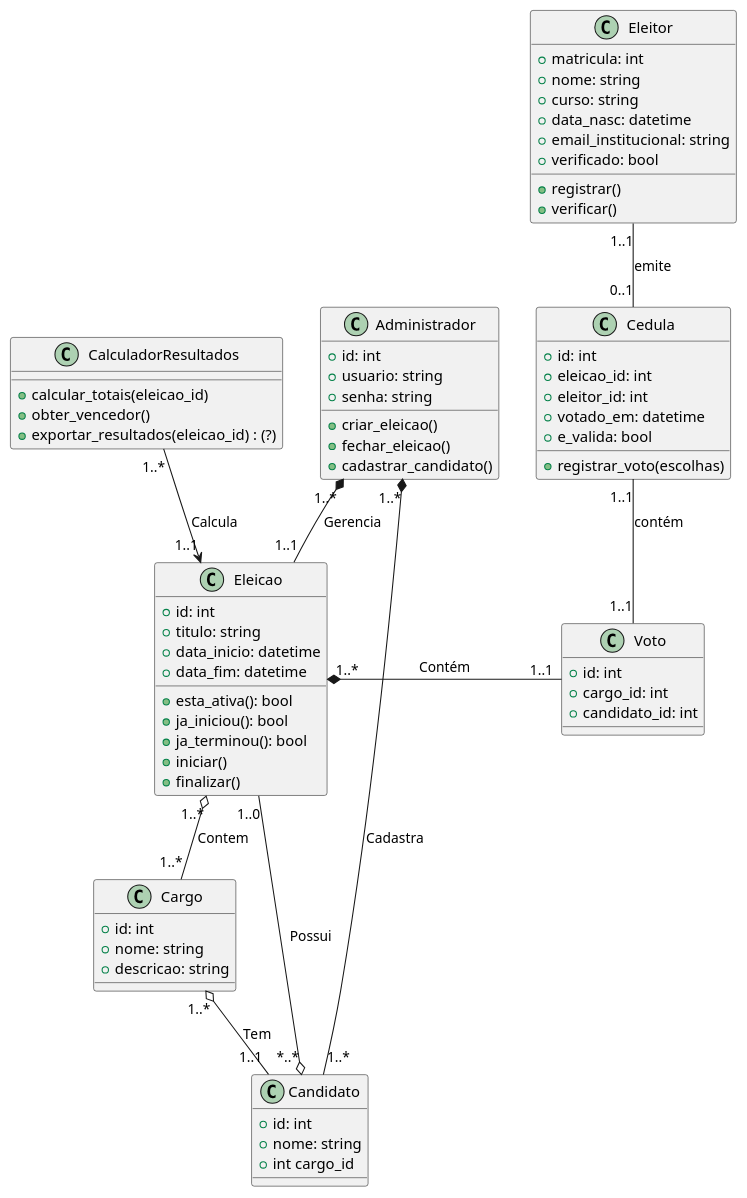
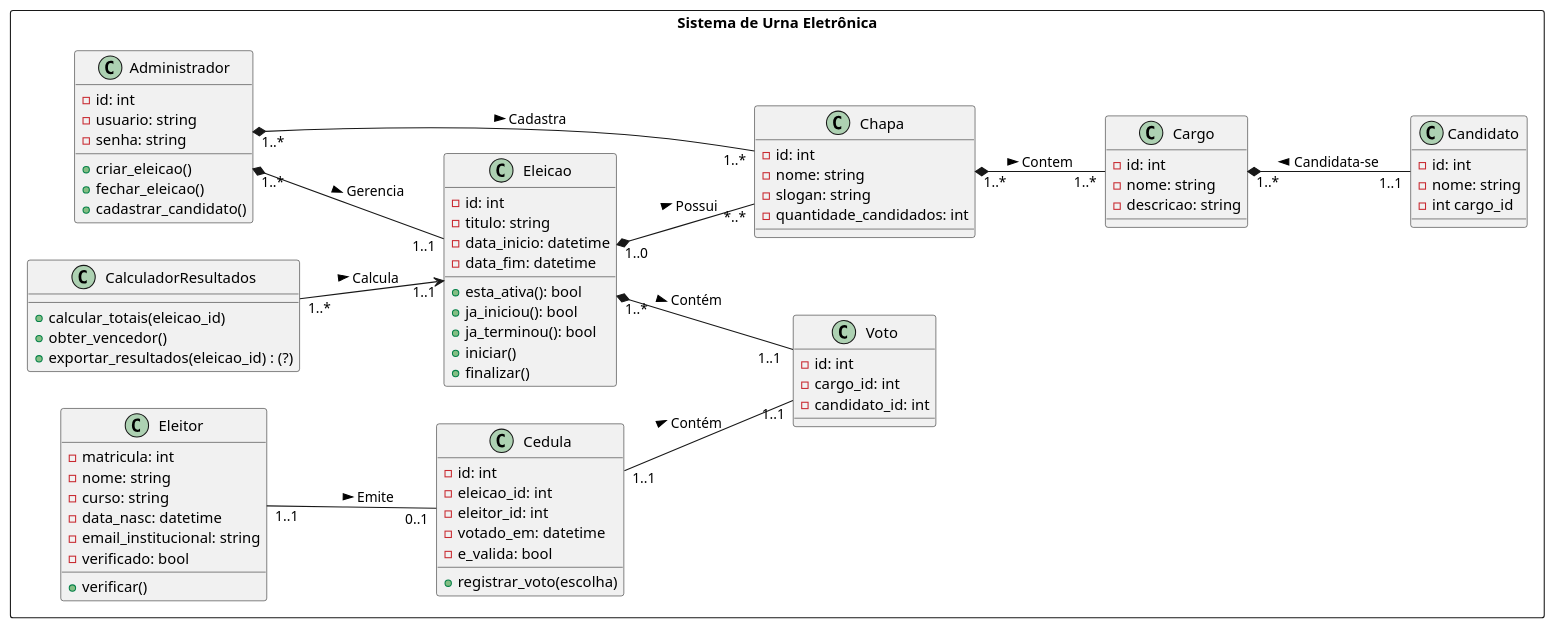
One commit to Bields190/Urna changed the diagram in UML/UML_ideia.puml. Above: the diagram before and after it, drawn with PlantUML. The commit also changed 1 other file, not shown here.

```diff
--- a/UML/UML_ideia.puml
+++ b/UML/UML_ideia.puml
@@ -1,80 +1,93 @@
---@startuml SISTEMA DE URNA ELETRONICA
+@startuml
+left to right direction
 
-class Eleicao {
-        +id: int
-        +titulo: string
-        +data_inicio: datetime
-        +data_fim: datetime
+rectangle "Sistema de Urna Eletrônica" {
+
+    class Eleicao {
+        -id: int
+        -titulo: string
+        -data_inicio: datetime
+        -data_fim: datetime
 
         +esta_ativa(): bool
         +ja_iniciou(): bool
         +ja_terminou(): bool
         +iniciar()
         +finalizar()
     }
 
     class Cargo {
-        +id: int
-        +nome: string
-        +descricao: string
+        -id: int
+        -nome: string
+        -descricao: string
     }
 
     class Candidato {
-        +id: int
-        +nome: string
-        +int cargo_id
+        -id: int
+        -nome: string
+        -int cargo_id
+    }
+
+    class Chapa{
+        -id: int
+        -nome: string
+        -slogan: string
+        -quantidade_candidados: int
     }
 
     class Eleitor {
-        +matricula: int
-        +nome: string
-        +curso: string
-        +data_nasc: datetime
-        +email_institucional: string
-        +verificado: bool
-        +registrar()
+        -matricula: int
+        -nome: string
+        -curso: string
+        -data_nasc: datetime
+        -email_institucional: string
+        -verificado: bool
+
         +verificar()
     }
 
     class Voto {
-        +id: int
-        +cargo_id: int
-        +candidato_id: int
+        -id: int
+        -cargo_id: int
+        -candidato_id: int
     }
 
     class Cedula {
-        +id: int
-        +eleicao_id: int
-        +eleitor_id: int
-        +votado_em: datetime
-        +e_valida: bool
-        +registrar_voto(escolhas)
+        -id: int
+        -eleicao_id: int
+        -eleitor_id: int
+        -votado_em: datetime
+        -e_valida: bool
+
+        +registrar_voto(escolha)
     }
 
 
     class Administrador {
-        +id: int
-        +usuario: string
-        +senha: string
+        -id: int
+        -usuario: string
+        -senha: string
+
         +criar_eleicao()
         +fechar_eleicao()
         +cadastrar_candidato()
     }
 
     class CalculadorResultados {
         +calcular_totais(eleicao_id)
         +obter_vencedor()
         +exportar_resultados(eleicao_id) : (?)
     }
 
-    Eleicao "1..*" o-- "1..*" Cargo : Contem
-    Cargo "1..*" o-- "1..1" Candidato : Tem
-    Eleicao "1..0" -o "*..*" Candidato : Possui
-    Eleitor "1..1" -- "0..1" Cedula : emite
-    Cedula "1..1" -- "1..1" Voto : contém
-    Administrador "1..*" *-- "1..1" Eleicao : Gerencia
-    CalculadorResultados "1..*" --> "1..1" Eleicao : Calcula
-    Administrador "1..*" *-  "1..*" Candidato : Cadastra
-    Eleicao "1..*" *-  "1..1" Voto: Contém
+    Chapa "1..*" *-- "1..*" Cargo : > Contem
+    Cargo "1..*" *-- "1..1" Candidato : Candidata-se <
+    Eleicao "1..0" *-- "*..*" Chapa : > Possui
+    Eleitor "1..1" -- "0..1" Cedula : > Emite
+    Cedula "1..1" -- "1..1" Voto : > Contém
+    Administrador "1..*" *-- "1..1" Eleicao : > Gerencia
+    CalculadorResultados "1..*" --> "1..1" Eleicao : > Calcula
+    Administrador "1..*" *-  "1..*" Chapa : > Cadastra
+    Eleicao "1..* " *--  "1..1 " Voto: > Contém
+}
 
 @enduml
```
